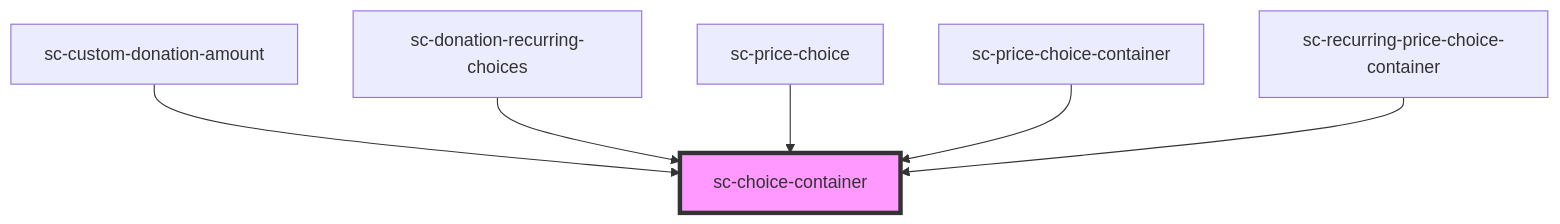
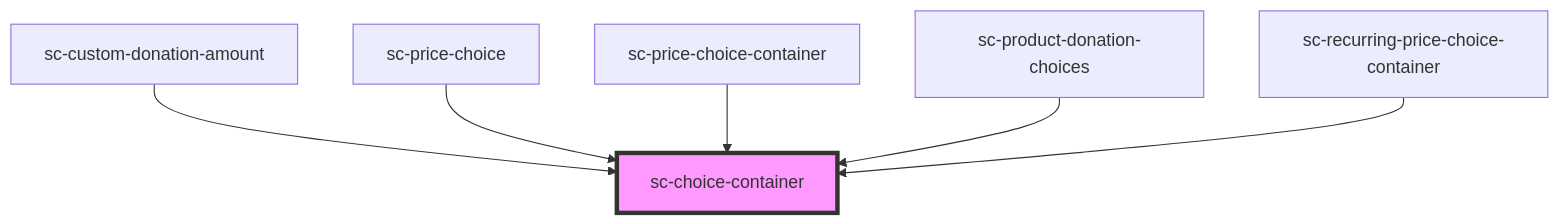
The diagram in packages/components/src/components/ui/choice-container/readme.md (surecart/surecart-wp-plugin), drawn with Mermaid before and after one commit. The commit also changed other lines of this file and 22 other files, not shown here.

````diff
--- a/packages/components/src/components/ui/choice-container/readme.md
+++ b/packages/components/src/components/ui/choice-container/readme.md
@@ -97,9 +97,9 @@
 ```mermaid
 graph TD;
   sc-custom-donation-amount --> sc-choice-container
-  sc-donation-recurring-choices --> sc-choice-container
   sc-price-choice --> sc-choice-container
   sc-price-choice-container --> sc-choice-container
+  sc-product-donation-choices --> sc-choice-container
   sc-recurring-price-choice-container --> sc-choice-container
   style sc-choice-container fill:#f9f,stroke:#333,stroke-width:4px
 ```
````
